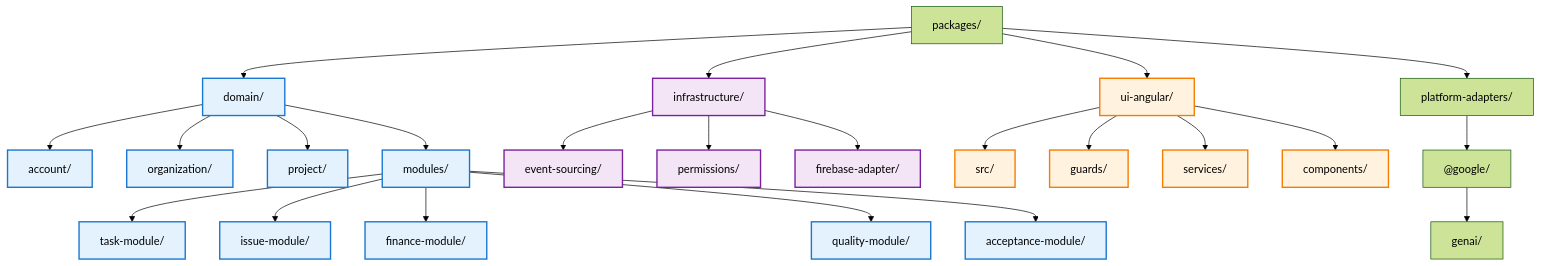
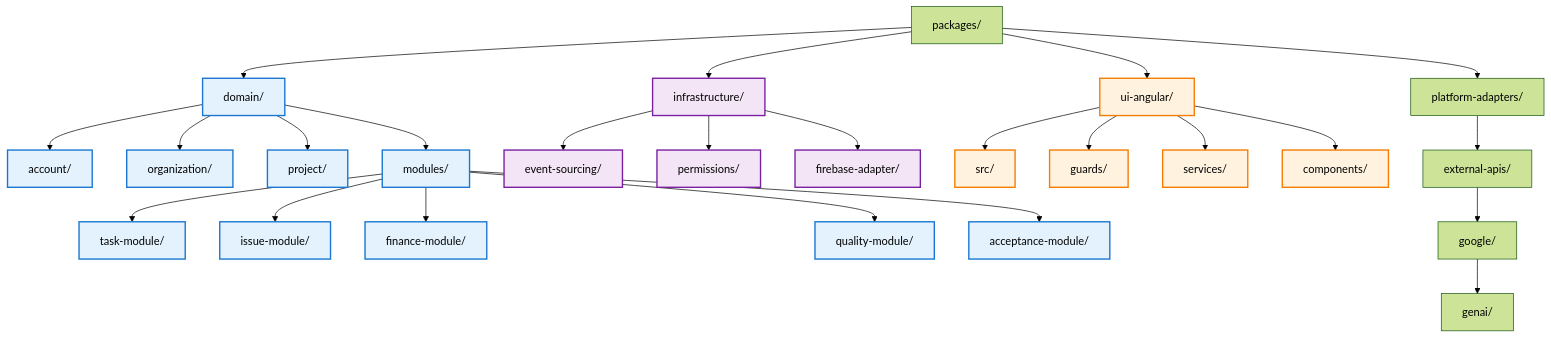
One commit to 7Spade/ng-dragon changed the tenth of 10 diagrams in docs/Mermaid-A.md. Above: the diagram before and after it, drawn with Mermaid (forest theme). The commit also changed 15 other files, not shown here.

````diff
--- a/docs/Mermaid-A.md
+++ b/docs/Mermaid-A.md
@@ -1045,40 +1045,41 @@
 ```mermaid
 flowchart TD
     packages["packages/"]
     
     packages --> domain["domain/"]
     packages --> infra["infrastructure/"]
     packages --> ui["ui-angular/"]
     packages --> adapters["platform-adapters/"]
     
     domain --> account["account/"]
     domain --> org["organization/"]
     domain --> project["project/"]
     domain --> modules["modules/"]
     
     modules --> task["task-module/"]
     modules --> issue["issue-module/"]
     modules --> finance["finance-module/"]
     modules --> quality["quality-module/"]
     modules --> acceptance["acceptance-module/"]
     
     infra --> events["event-sourcing/"]
     infra --> permissions["permissions/"]
     infra --> firebase["firebase-adapter/"]
     
     ui --> uiSrc["src/"]
     ui --> guards["guards/"]
     ui --> services["services/"]
     ui --> components["components/"]
     
-    adapters --> google["@google/"]
-    google --> genai["genai/"]
+    adapters --> adaptersExternal["external-apis/"]
+    adaptersExternal --> adaptersGoogle["google/"]
+    adaptersGoogle --> genai["genai/"]
     
     classDef domainStyle fill:#e3f2fd,stroke:#1976d2,stroke-width:2px
     classDef infraStyle fill:#f3e5f5,stroke:#7b1fa2,stroke-width:2px
     classDef uiStyle fill:#fff3e0,stroke:#f57c00,stroke-width:2px
     
     class domain,account,org,project,modules,task,issue,finance,quality,acceptance domainStyle
     class infra,events,permissions,firebase infraStyle
     class ui,uiSrc,guards,services,components uiStyle
 ```
````
